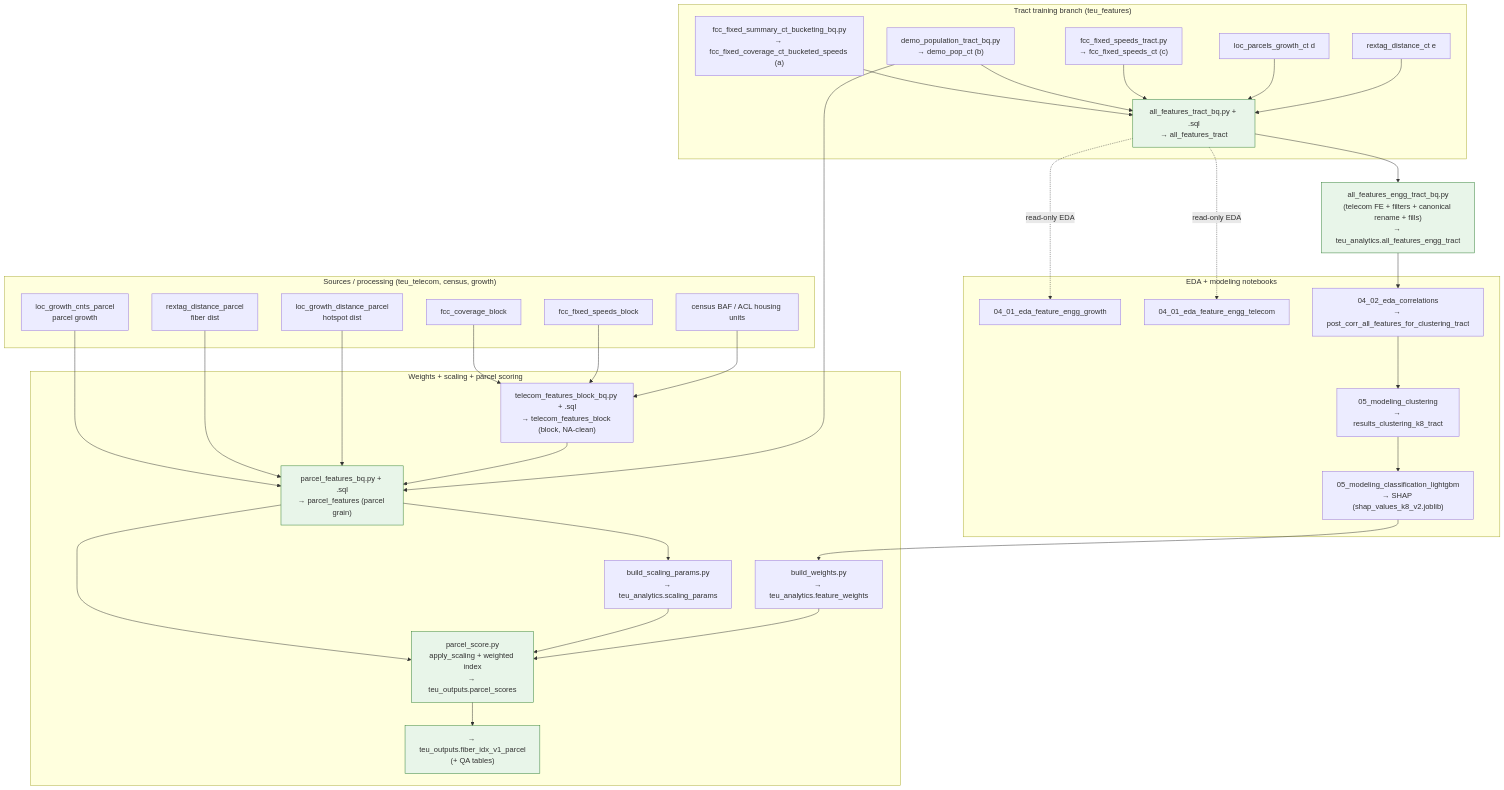
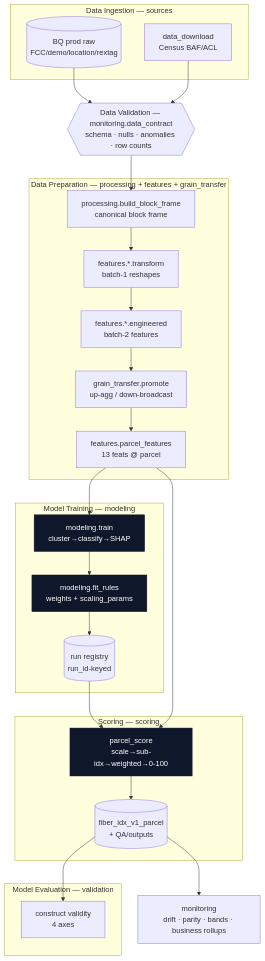
Before and after one commit to eprashar-clgx/network-idx: the second of 2 diagrams in docs/repo_structure.md, drawn with Mermaid. The commit also changed other lines of this file and 6 other files, not shown here.

Commit message:
updated docs - added architecture decision records

````diff
--- a/docs/repo_structure.md
+++ b/docs/repo_structure.md
@@ -70,50 +134,37 @@
 ```mermaid
 flowchart TD
-    subgraph SRC["Sources / processing (teu_telecom, census, growth)"]
-        cov[fcc_coverage_block]
-        spd[fcc_fixed_speeds_block]
-        baf[census BAF / ACL housing units]
-        pg[loc_growth_cnts_parcel<br/>parcel growth]
-        rfp[rextag_distance_parcel<br/>fiber dist]
-        hsp[loc_growth_distance_parcel<br/>hotspot dist]
+    subgraph INGEST["Data Ingestion — sources"]
+        BQ[(BQ prod raw<br/>FCC/demo/location/rextag)]
+        DL[data_download<br/>Census BAF/ACL]
     end
+    GATE{{Data Validation — monitoring.data_contract<br/>schema · nulls · anomalies · row counts}}
+    subgraph PREP["Data Preparation — processing + features + grain_transfer"]
+        PROC[processing.build_block_frame<br/>canonical block frame]
+        FT[features.*.transform<br/>batch-1 reshapes]
+        FE[features.*.engineered<br/>batch-2 features]
+        GTn[grain_transfer.promote<br/>up-agg / down-broadcast]
+        PF[features.parcel_features<br/>13 feats @ parcel]
+    end
+    subgraph TRAIN["Model Training — modeling"]
+        TR[modeling.train<br/>cluster→classify→SHAP]
+        FR[modeling.fit_rules<br/>weights + scaling_params]
+        REG[(run registry<br/>run_id-keyed)]
+    end
+    subgraph EVAL["Model Evaluation — validation"]
+        VAL[construct validity<br/>4 axes]
+    end
+    subgraph SCOREG["Scoring — scoring"]
+        SC[parcel_score<br/>scale→sub-idx→weighted→0-100]
+        OUT[(fiber_idx_v1_parcel<br/>+ QA/outputs)]
+    end
+    MON[monitoring<br/>drift · parity · bands · business rollups]
 
-    subgraph TRACT["Tract training branch (teu_features)"]
-        cbu["fcc_fixed_summary_ct_bucketing_bq.py<br/>→ fcc_fixed_coverage_ct_bucketed_speeds (a)"]
-        demo["demo_population_tract_bq.py<br/>→ demo_pop_ct (b)"]
-        spdct["fcc_fixed_speeds_tract.py<br/>→ fcc_fixed_speeds_ct (c)"]
-        lpg[loc_parcels_growth_ct d]
-        rct[rextag_distance_ct e]
-        aft["all_features_tract_bq.py + .sql<br/>→ all_features_tract"]
-        cbu & demo & spdct & lpg & rct --> aft
-    end
-
-    aft --> engg["all_features_engg_tract_bq.py<br/>(telecom FE + filters + canonical rename + fills)<br/>→ teu_analytics.all_features_engg_tract"]
-
-    subgraph NB["EDA + modeling notebooks"]
-        g04["04_01_eda_feature_engg_growth"]
-        t04["04_01_eda_feature_engg_telecom"]
-        c04["04_02_eda_correlations<br/>→ post_corr_all_features_for_clustering_tract"]
-        clu["05_modeling_clustering<br/>→ results_clustering_k8_tract"]
-        lgb["05_modeling_classification_lightgbm<br/>→ SHAP (shap_values_k8_v2.joblib)"]
-    end
-    aft -. read-only EDA .-> g04 & t04
-    engg --> c04 --> clu --> lgb
-
-    subgraph SCORE["Weights + scaling + parcel scoring"]
-        bw["build_weights.py<br/>→ teu_analytics.feature_weights"]
-        tfb["telecom_features_block_bq.py + .sql<br/>→ telecom_features_block (block, NA-clean)"]
-        pf["parcel_features_bq.py + .sql<br/>→ parcel_features (parcel grain)"]
-        bsp["build_scaling_params.py<br/>→ teu_analytics.scaling_params"]
-        ps["parcel_score.py<br/>apply_scaling + weighted index<br/>→ teu_outputs.parcel_scores"]
-        deliv["→ teu_outputs.fiber_idx_v1_parcel<br/>(+ QA tables)"]
-    end
-    lgb --> bw
-    cov & spd & baf --> tfb
-    pg & rfp & hsp & tfb & demo --> pf
-    pf --> bsp
-    pf & bsp & bw --> ps --> deliv
-
-    classDef out fill:#e8f5e9,stroke:#2e7d32;
-    class aft,engg,pf,ps,deliv out;
+    BQ & DL --> GATE --> PROC --> FT --> FE --> GTn --> PF
+    PF --> TR --> FR --> REG
+    REG --> SC
+    PF --> SC --> OUT
+    OUT --> MON
+    OUT --> VAL
+    classDef deep fill:#0f172a,color:#fff,stroke:#0f172a;
+    class TR,FR,SC deep
 ```
````
